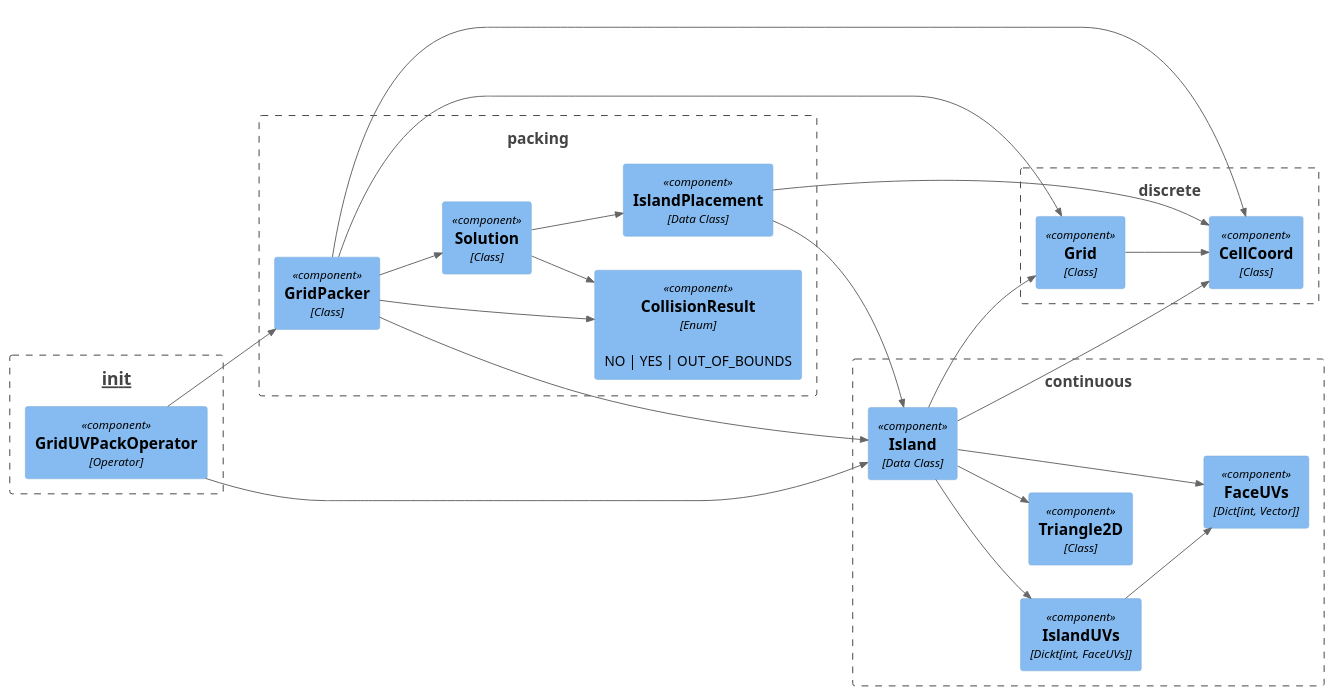
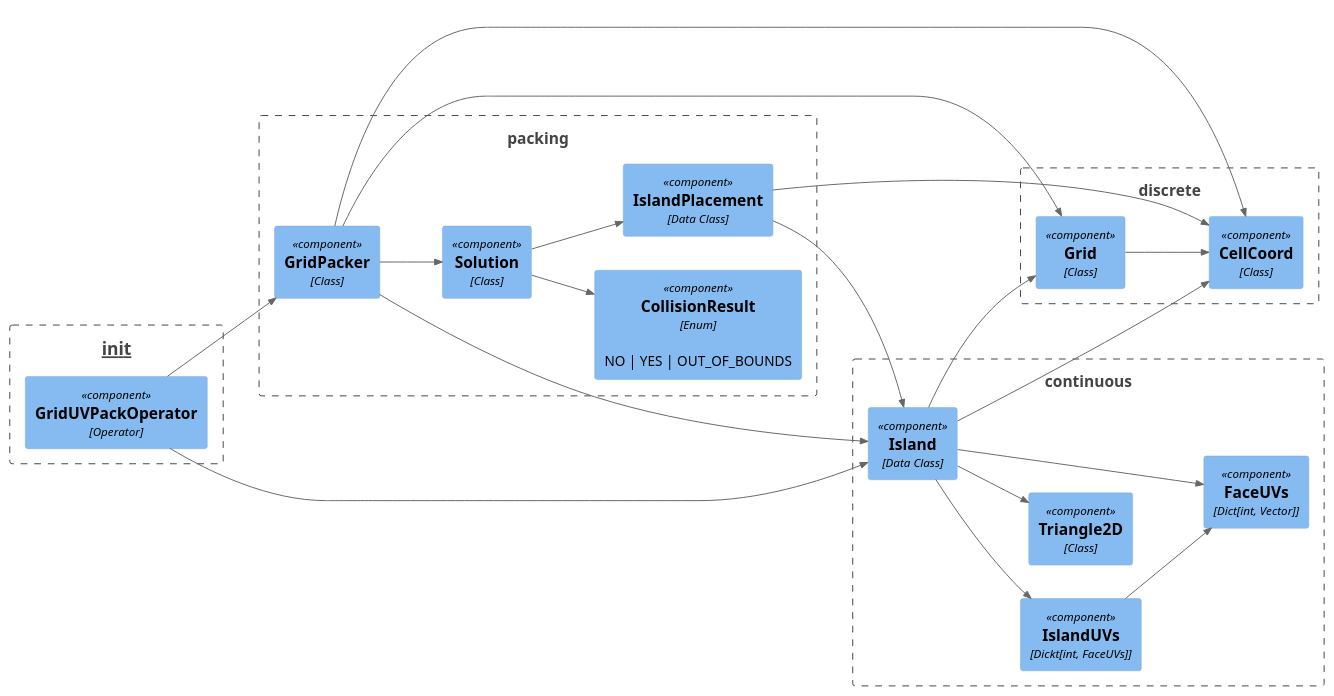
One commit to muhuk/grid-uv-packer changed the diagram in doc/arch/Component_Diagram.plantuml. Above: the diagram before and after it, drawn with PlantUML. The commit also changed 2 other files, not shown here.

```diff
--- a/doc/arch/Component_Diagram.plantuml
+++ b/doc/arch/Component_Diagram.plantuml
@@ -1,53 +1,52 @@
 @startuml Component_Diagram
 !include ../c4/C4_Component.puml
 LAYOUT_LEFT_RIGHT()
 
 Boundary(moduleInit, "__init__") {
   Component(gridUvPackOperator, "GridUVPackOperator", "Operator")
 }
 
 Boundary(moduleContinuous, "continuous") {
   Component(faceUvs, "FaceUVs", "Dict[int, Vector]")
   Component(islandUvs, "IslandUVs", "Dickt[int, FaceUVs]")
   Component(island, "Island", "Data Class")
   Component(triangle2d, "Triangle2D", "Class")
 
   Rel(island, faceUvs, " ")
   Rel(island, islandUvs, " ")
   Rel(island, triangle2d, " ")
 
   Rel(islandUvs, faceUvs, " ")
 }
 
 Boundary(moduleData, "packing") {
   Component(collisionResult, "CollisionResult", "Enum", "NO | YES | OUT_OF_BOUNDS")
   Component(gridPacker, "GridPacker", "Class")
   Component(islandPlacement, "IslandPlacement", "Data Class")
   Component(solution, "Solution", "Class")
 
-  Rel(gridPacker, collisionResult, " ")
   Rel(gridPacker, solution, " ")
   Rel(solution, collisionResult, " ")
   Rel(solution, islandPlacement, " ")
 }
 
 Boundary(moduleDiscrete, "discrete") {
   Component(cellCoord, "CellCoord", "Class")
   Component(grid, "Grid", "Class")
 
   Rel(grid, cellCoord, " ")
 }
 
 Rel(gridUvPackOperator, gridPacker, " ")
 Rel(gridUvPackOperator, island, " ")
 
 Rel(gridPacker, cellCoord, " ")
 Rel(gridPacker, grid, " ")
 Rel(gridPacker, island, " ")
 
 Rel(island, cellCoord, " ")
 Rel(island, grid, " ")
 
 Rel(islandPlacement, island, " ")
 Rel(islandPlacement, cellCoord, " ")
 @enduml
```
